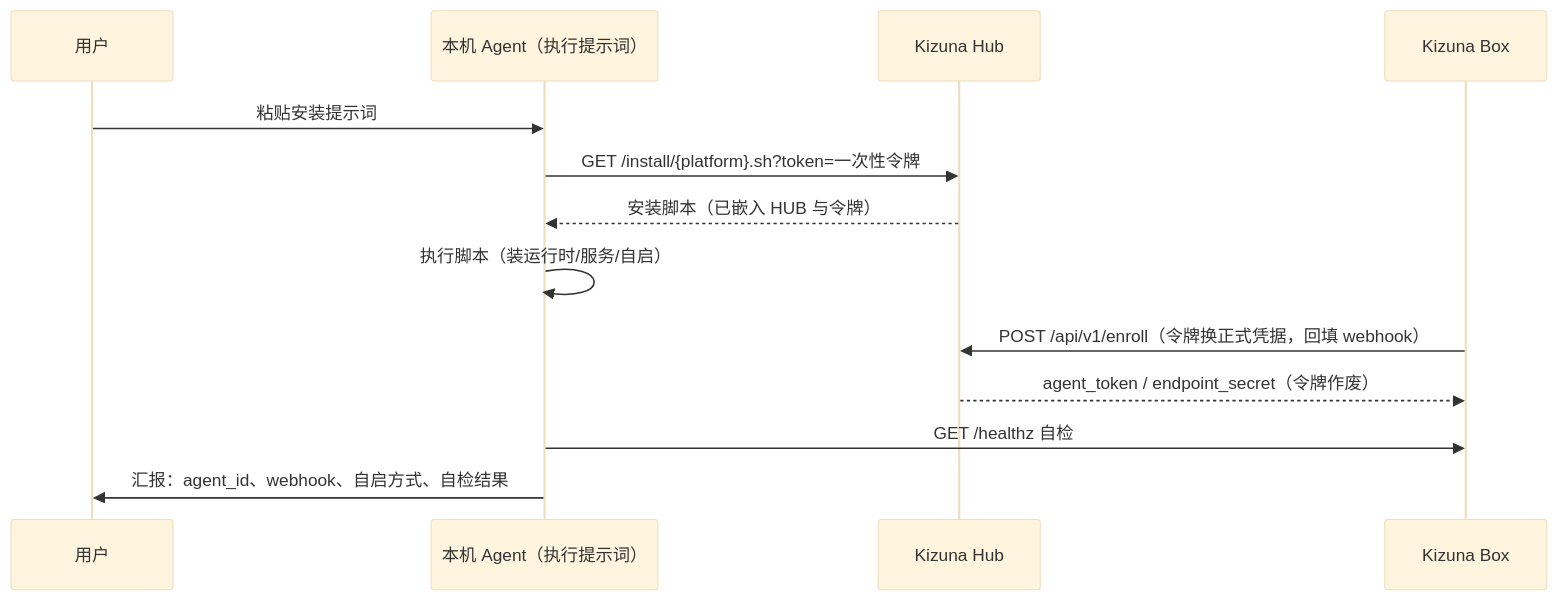
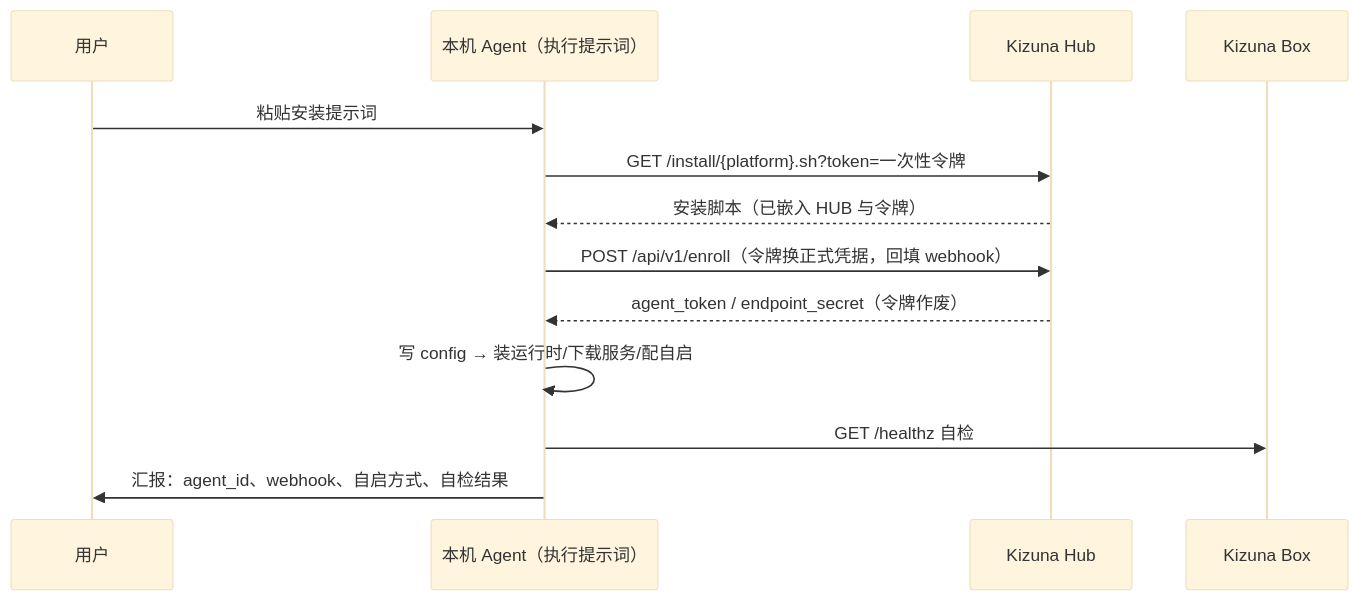
The diagram in docs/04-box.md (01men/kizuna), drawn with Mermaid (base theme) before and after one commit. The commit also changed other lines of this file and 15 other files, not shown here.

First line of the commit message:
🔧 enroll FIRST, token TTL 10min → 3h

````diff
--- a/docs/04-box.md
+++ b/docs/04-box.md
@@ -56,16 +57,16 @@
 ```mermaid
 sequenceDiagram
     participant U as 用户
     participant A as 本机 Agent（执行提示词）
     participant H as Kizuna Hub
     participant E as Kizuna Box
 
     U->>A: 粘贴安装提示词
     A->>H: GET /install/{platform}.sh?token=一次性令牌
     H-->>A: 安装脚本（已嵌入 HUB 与令牌）
-    A->>A: 执行脚本（装运行时/服务/自启）
-    E->>H: POST /api/v1/enroll（令牌换正式凭据，回填 webhook）
-    H-->>E: agent_token / endpoint_secret（令牌作废）
+    A->>H: POST /api/v1/enroll（令牌换正式凭据，回填 webhook）
+    H-->>A: agent_token / endpoint_secret（令牌作废）
+    A->>A: 写 config → 装运行时/下载服务/配自启
     A->>E: GET /healthz 自检
     A->>U: 汇报：agent_id、webhook、自启方式、自检结果
 ```
````
